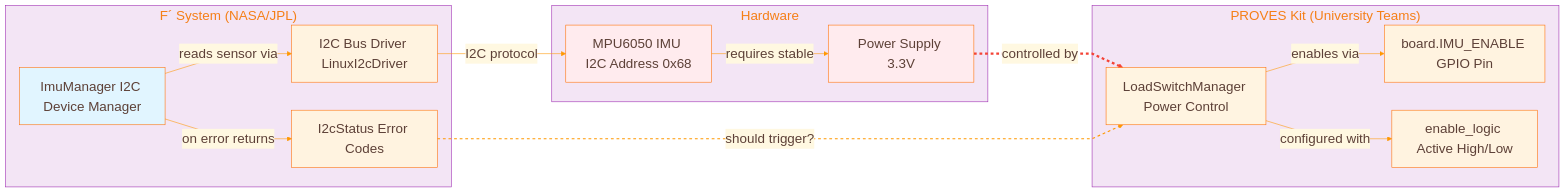
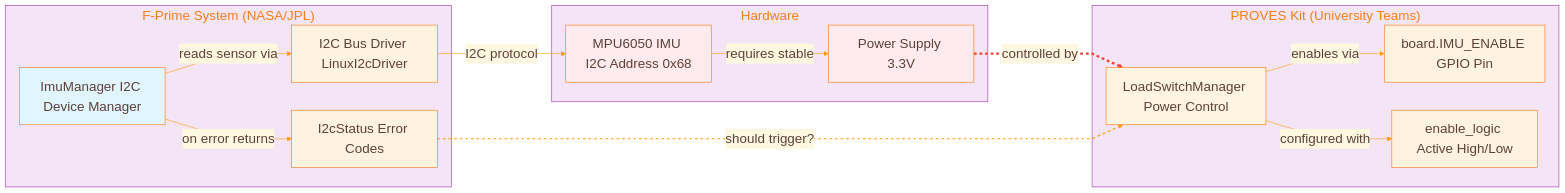
Before and after one commit to Lizo-RoadTown/PROVES_LIBRARY: the first of 6 diagrams in docs/diagrams/cross-system.md, drawn with Mermaid. The commit also changed other lines of this file and 5 other files, not shown here.

```diff
--- a/docs/diagrams/cross-system.md
+++ b/docs/diagrams/cross-system.md
@@ -246,7 +246,7 @@
     boxMargin: 10
 ---
 flowchart LR
-    subgraph "F´ System (NASA/JPL)"
+    subgraph "F-Prime System (NASA/JPL)"
         IM[ImuManager I2C Device Manager]
         I2C[I2C Bus Driver LinuxI2cDriver]
         STATUS[I2cStatus Error Codes]
```
